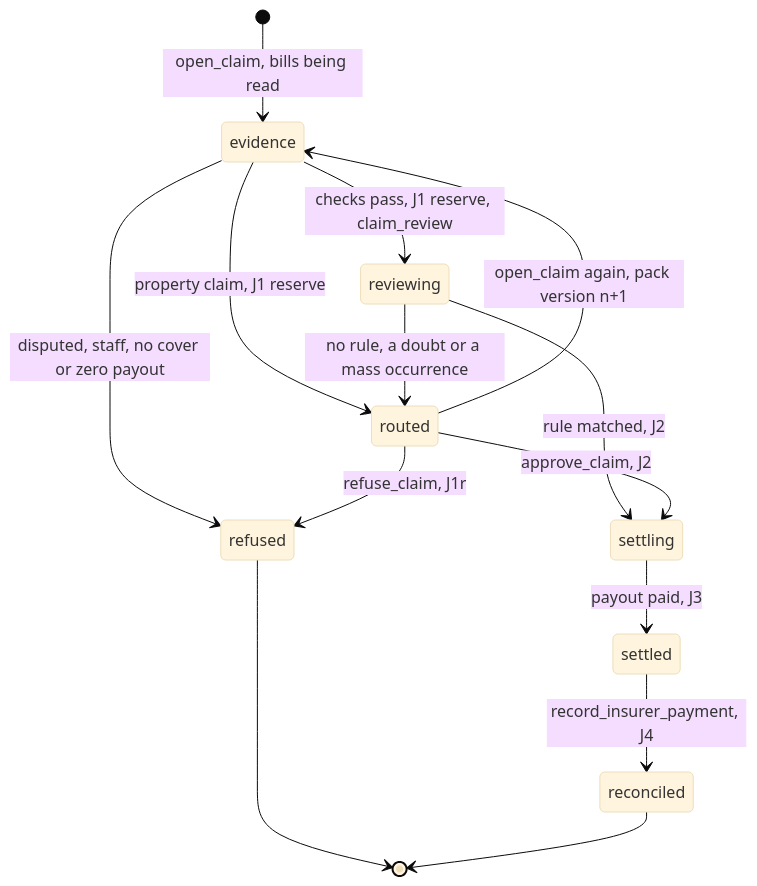
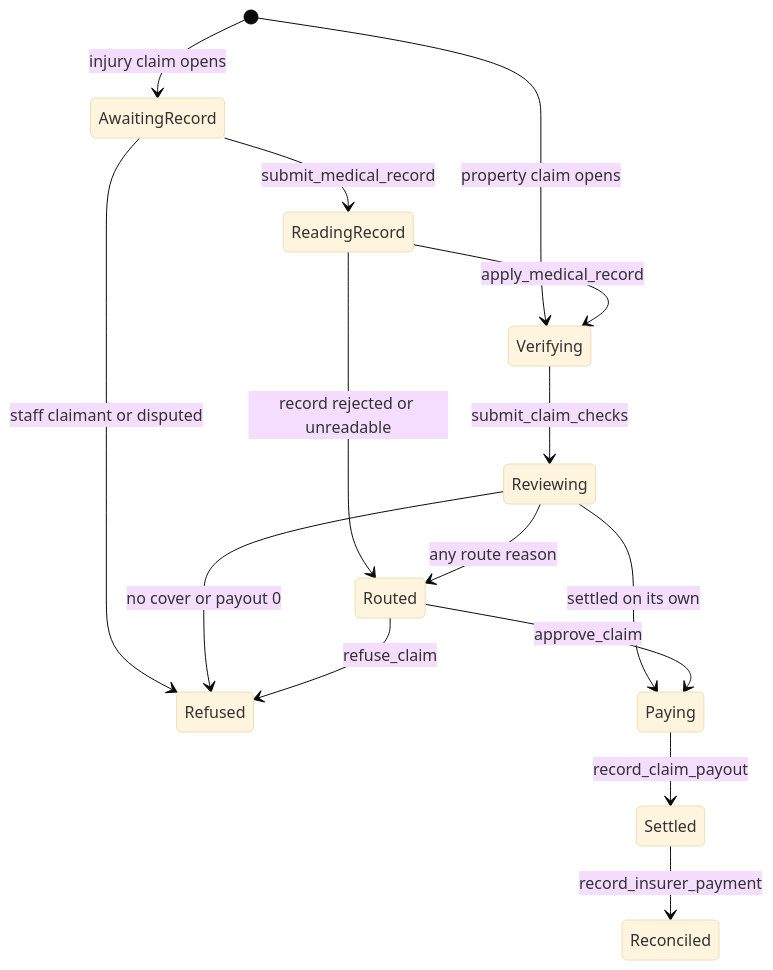
The third of 5 diagrams in System Design/6-features/Insurance.md (viktorinkov/cal-hacks-13), drawn with Mermaid (base theme) before and after one commit. The commit also changed other lines of this file and 4 other files, not shown here.

````diff
--- a/System Design/6-features/Insurance.md
+++ b/System Design/6-features/Insurance.md
@@ -342,16 +428,17 @@
 ```mermaid
 stateDiagram-v2
-  [*] --> evidence: open_claim, bills being read
-  evidence --> refused: disputed, staff, no cover or zero payout
-  evidence --> reviewing: checks pass, J1 reserve, claim_review
-  evidence --> routed: property claim, J1 reserve
-  reviewing --> settling: rule matched, J2
-  reviewing --> routed: no rule, a doubt or a mass occurrence
-  routed --> evidence: open_claim again, pack version n+1
-  routed --> settling: approve_claim, J2
-  routed --> refused: refuse_claim, J1r
-  settling --> settled: payout paid, J3
-  settled --> reconciled: record_insurer_payment, J4
-  refused --> [*]
-  reconciled --> [*]
+  [*] --> AwaitingRecord: injury claim opens
+  [*] --> Verifying: property claim opens
+  AwaitingRecord --> Refused: staff claimant or disputed
+  AwaitingRecord --> ReadingRecord: submit_medical_record
+  ReadingRecord --> Routed: record rejected or unreadable
+  ReadingRecord --> Verifying: apply_medical_record
+  Verifying --> Reviewing: submit_claim_checks
+  Reviewing --> Refused: no cover or payout 0
+  Reviewing --> Routed: any route reason
+  Reviewing --> Paying: settled on its own
+  Routed --> Paying: approve_claim
+  Routed --> Refused: refuse_claim
+  Paying --> Settled: record_claim_payout
+  Settled --> Reconciled: record_insurer_payment
 ```
````
